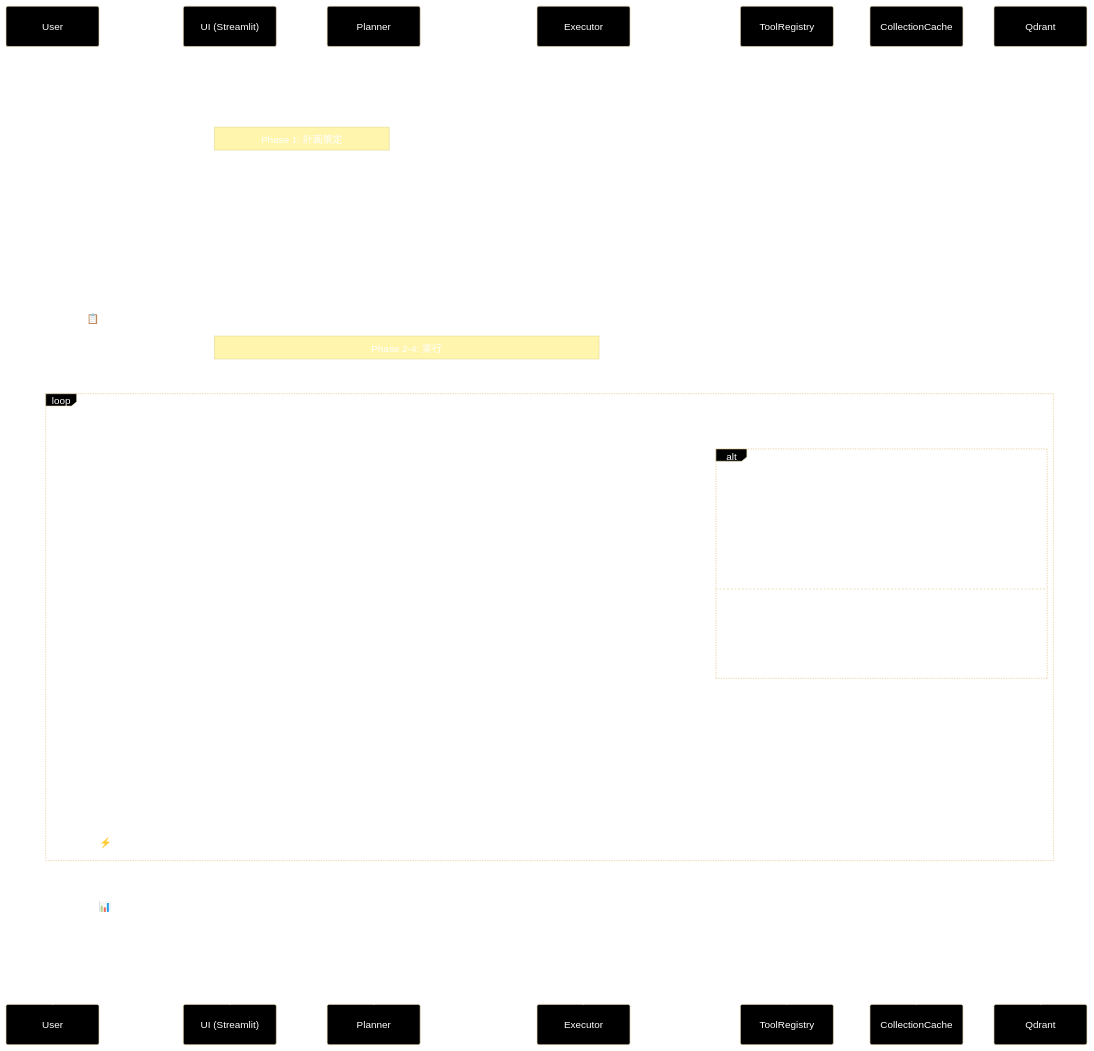
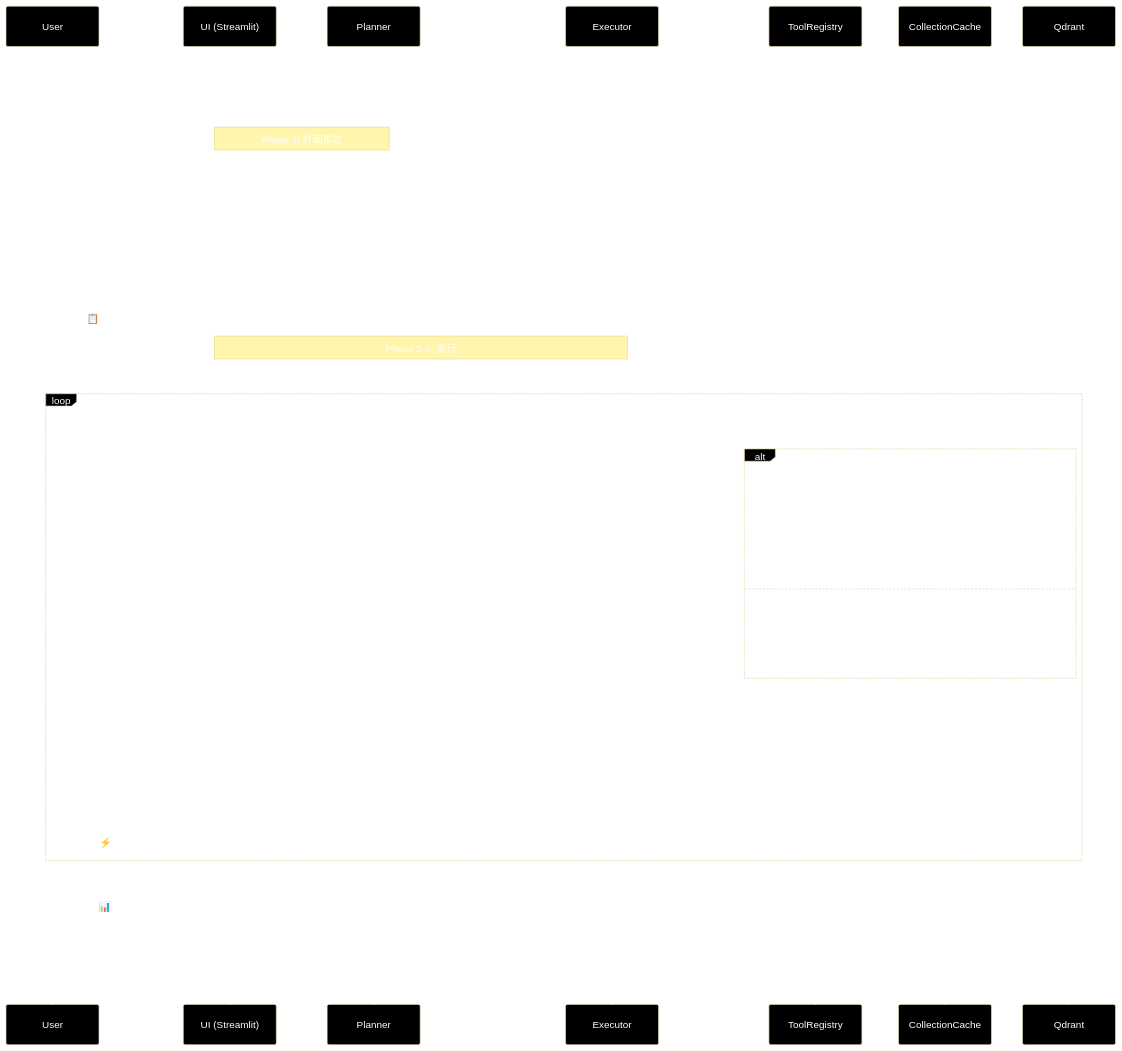
One commit to nakashima2toshio/anthropic_grace_agent_v2 changed the eighth of 13 diagrams in readme_autonomous_agent.md. Above: the diagram before and after it, drawn with Mermaid. The commit also changed other lines of this file and 9 other files, not shown here.

````diff
--- a/readme_autonomous_agent.md
+++ b/readme_autonomous_agent.md
@@ -672,51 +674,51 @@
 ```mermaid
 %%{ init: { "theme": "base", "themeVariables": {"background": "#000000", "mainBkg": "#000000","textColor": "#ffffff", "lineColor": "#ffffff","actorBkg": "#000000", "actorTextColor": "#ffffff","actorLineColor": "#ffffff", "noteBkg": "#1a1a1a","noteTextColor": "#ffffff" } } }%%
 sequenceDiagram
     participant User as User
     participant UI as UI (Streamlit)
     participant Planner as Planner
     participant Executor as Executor
     participant Tools as ToolRegistry
     participant Cache as CollectionCache
     participant Qdrant as Qdrant
 
     User->>UI: 1. 質問入力
     UI->>UI: 2. chat_history.append(user_msg)
 
     Note over UI,Planner: Phase 1: 計画策定
 
     UI->>Planner: 3. create_plan(prompt)
     Planner->>Planner: 4. estimate_complexity(query) + _should_use_llm_plan()
-    Planner->>Planner: 5. ルールベース計画 or LLM計画生成 (generate_structured / Anthropic Claude)
+    Planner->>Planner: 5. ルールベース計画 or LLM計画生成 (generate_content / Anthropic Claude via llm_compat)
     Planner-->>UI: 6. ExecutionPlan
     UI-->>User: 7. 📋 計画策定 Expander 表示
 
     Note over UI,Executor: Phase 2-4: 実行
 
     UI->>Executor: 8. execute_plan_generator(plan)
 
     loop 各ステップ (Generator)
         Executor->>Tools: 9. ToolRegistry.execute(action, args)
 
         alt rag_search
             Tools->>Cache: 10. キャッシュ確認
             Cache-->>Tools: 11. キャッシュ結果
             Tools->>Qdrant: 12. 検索実行 (全コレクション順次)
             Qdrant-->>Tools: 13. 検索結果
         else reasoning
             Tools->>Tools: 14. LLM推論 (Claude Sonnet)
         end
 
         Tools-->>Executor: 15. ToolResult
         Executor->>Executor: 16. Confidence評価
         Executor->>Executor: 17. Intervention判定
 
         Executor-->>UI: 18. yield ExecutionState / dict
         UI-->>User: 19. ⚡ 実行 Expander 更新
     end
 
     Executor-->>UI: 20. return ExecutionResult (StopIteration)
     UI-->>User: 21. 📊 実行結果サマリ表示
     UI-->>User: 22. 最終回答表示
     UI->>UI: 23. chat_history.append(assistant_msg)
 ```
````
